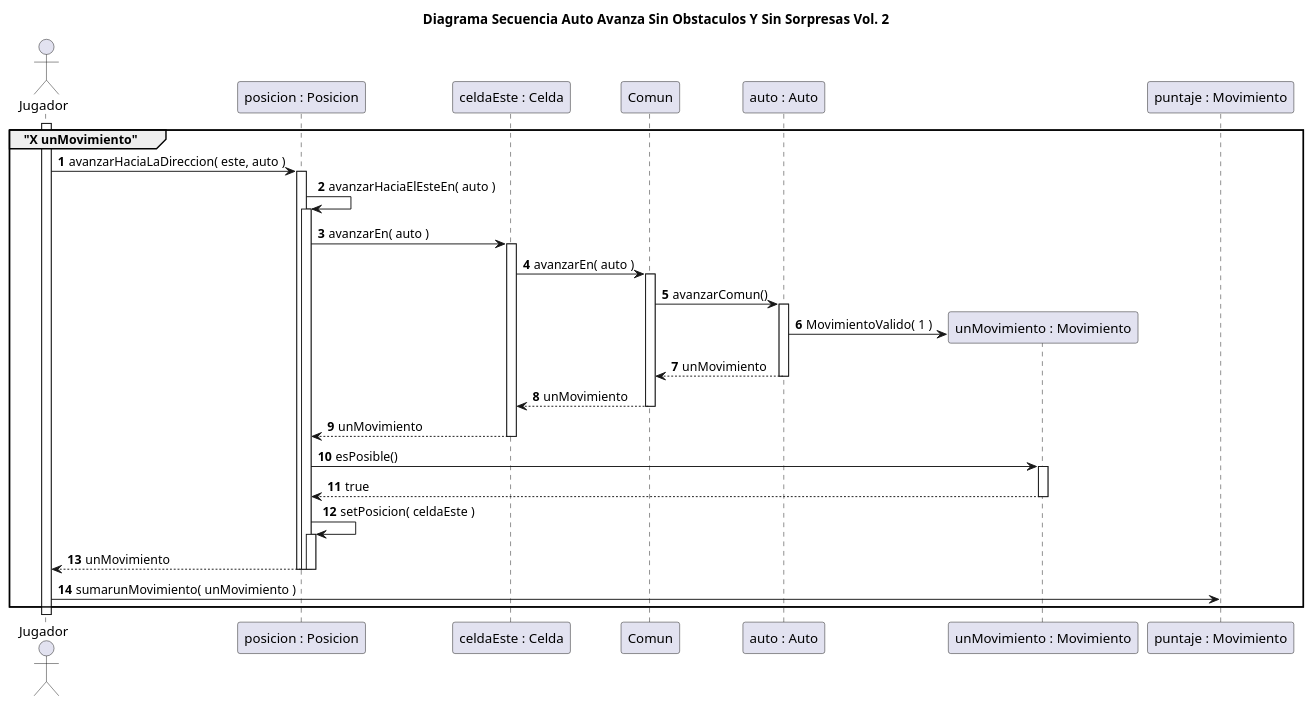
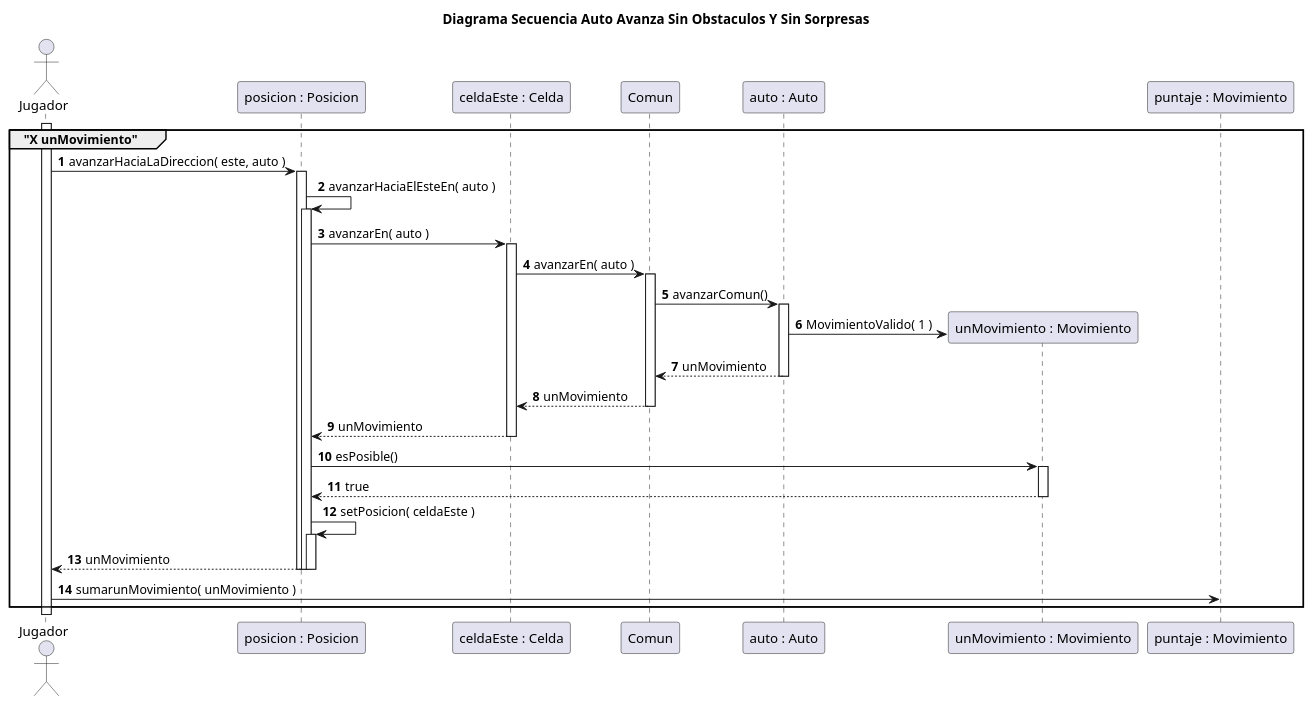
One commit to rodrigovzq/algo3_tp2 changed the diagram in diagrams/borradores/v2/puml/DiagramaSequenciaCasoSinObstaculosSinSorpresas_v2.puml. Above: the diagram before and after it, drawn with PlantUML. The commit also changed 1 other file, not shown here.

```diff
--- a/diagrams/borradores/v2/puml/DiagramaSequenciaCasoSinObstaculosSinSorpresas_v2.puml
+++ b/diagrams/borradores/v2/puml/DiagramaSequenciaCasoSinObstaculosSinSorpresas_v2.puml
@@ -1,43 +1,43 @@
 @startuml
-title Diagrama Secuencia Auto Avanza Sin Obstaculos Y Sin Sorpresas Vol. 2
+title Diagrama Secuencia Auto Avanza Sin Obstaculos Y Sin Sorpresas
 autonumber
 actor Jugador
 
 group "X unMovimiento"
 activate Jugador
 
 Jugador -> "posicion : Posicion"++: avanzarHaciaLaDireccion( este, auto )
 
 "posicion : Posicion" -> "posicion : Posicion"++: avanzarHaciaElEsteEn( auto )
 
 "posicion : Posicion" -> "celdaEste : Celda"++: avanzarEn( auto )
 
 "celdaEste : Celda" -> Comun++: avanzarEn( auto )
 Comun -> "auto : Auto"++: avanzarComun()
 create "unMovimiento : Movimiento"
 "auto : Auto" -> "unMovimiento : Movimiento": MovimientoValido( 1 )
 "auto : Auto" --> Comun: unMovimiento
 deactivate "auto : Auto"
 Comun --> "celdaEste : Celda": unMovimiento
 deactivate Comun
 "celdaEste : Celda" --> "posicion : Posicion": unMovimiento
 deactivate "celdaEste : Celda"
 
 
 
 "unMovimiento : Movimiento" <- "posicion : Posicion"++: esPosible()
 "unMovimiento : Movimiento" --> "posicion : Posicion": true
 deactivate "unMovimiento : Movimiento"
 "posicion : Posicion" -> "posicion : Posicion"++: setPosicion( celdaEste )
 
 
 
 
 "posicion : Posicion" --> Jugador--: unMovimiento
 deactivate "posicion : Posicion"
 deactivate "posicion : Posicion"
 
 Jugador -> "puntaje : Movimiento": sumarunMovimiento( unMovimiento )
 end
 
 @enduml
```
